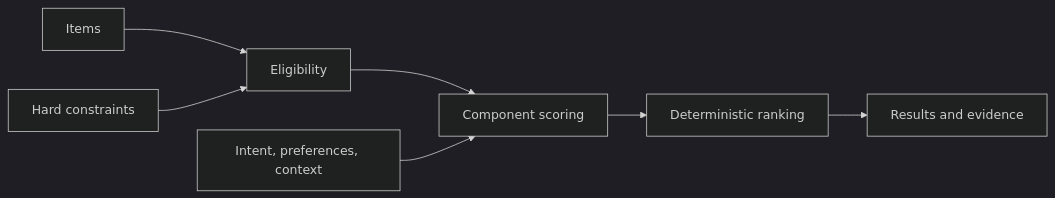
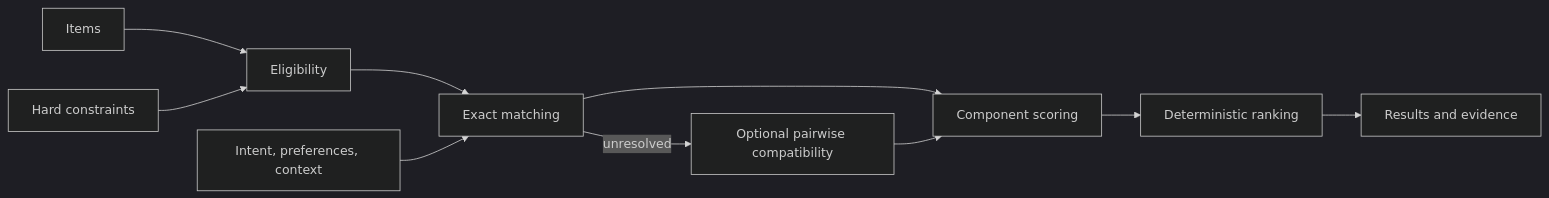
The diagram in docs/architecture.md (Gisellebarbieri/contextual-curation-engine), drawn with Mermaid (dark theme) before and after one commit. The commit also changed other lines of this file and 7 other files, not shown here.

````diff
--- a/docs/architecture.md
+++ b/docs/architecture.md
@@ -12,9 +12,12 @@
 ```mermaid
 flowchart LR
     I[Items] --> E[Eligibility]
     C[Hard constraints] --> E
-    E --> S[Component scoring]
-    X[Intent, preferences, context] --> S
+    E --> M[Exact matching]
+    X[Intent, preferences, context] --> M
+    M -->|unresolved| P[Optional pairwise compatibility]
+    M --> S[Component scoring]
+    P --> S
     S --> R[Deterministic ranking]
     R --> O[Results and evidence]
 ```
````
